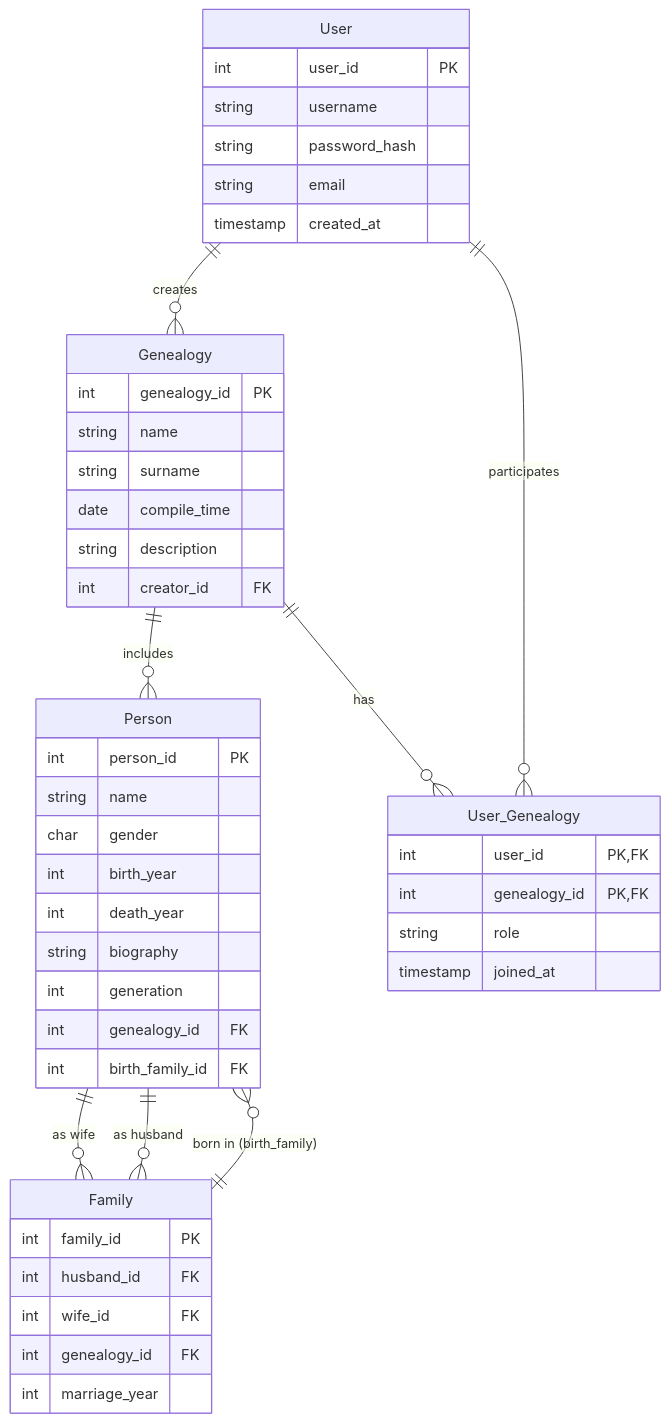
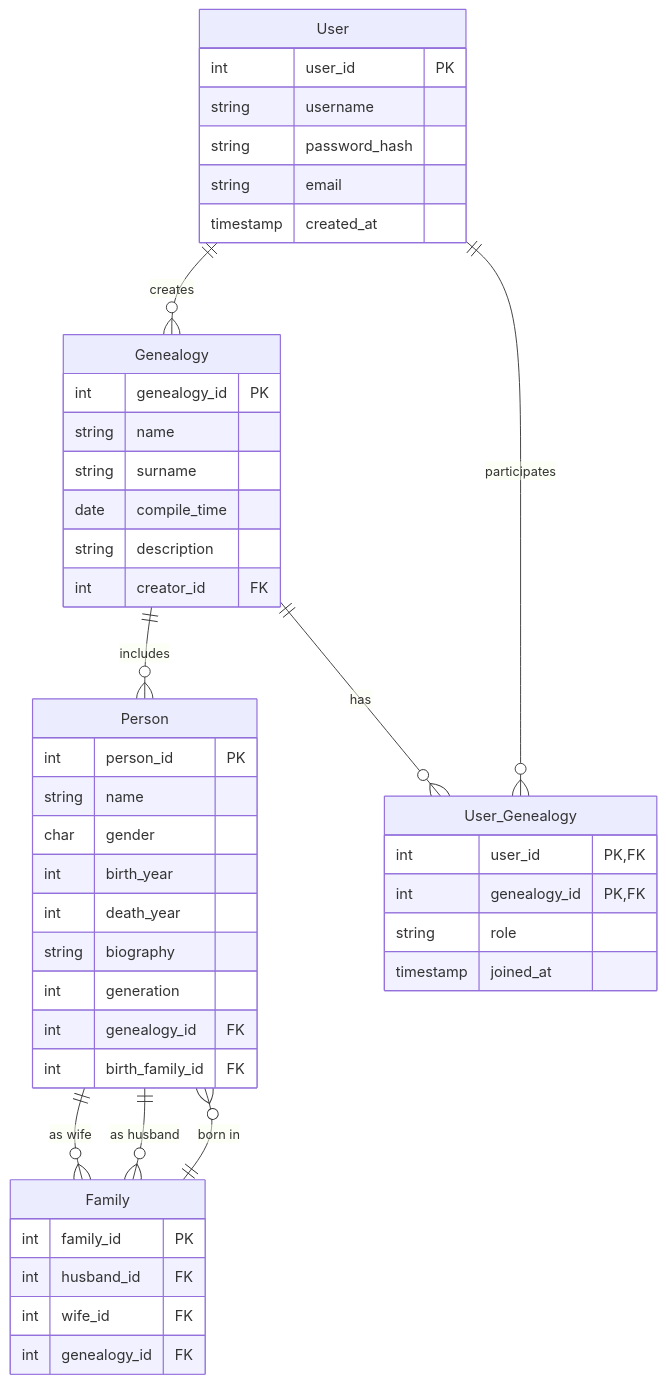
Before and after one commit to abstract251/sql: the diagram in Family/ER图.md, drawn with Mermaid. The commit also changed 7 other files, not shown here.

````diff
--- a/Family/ER图.md
+++ b/Family/ER图.md
@@ -1,54 +1,55 @@
 ```mermaid
+
 erDiagram
     User {
         int user_id PK
         string username
         string password_hash
         string email
         timestamp created_at
     }
 
     Genealogy {
         int genealogy_id PK
         string name
         string surname
         date compile_time
         string description
         int creator_id FK
     }
 
     Person {
         int person_id PK
         string name
         char gender
         int birth_year
         int death_year
         string biography
         int generation
         int genealogy_id FK
         int birth_family_id FK
     }
 
     Family {
         int family_id PK
         int husband_id FK
         int wife_id FK
         int genealogy_id FK
-        int marriage_year
     }
 
     User_Genealogy {
         int user_id PK,FK
         int genealogy_id PK,FK
         string role
         timestamp joined_at
     }
 
-    User ||--o{ Genealogy : "creates"
-    User ||--o{ User_Genealogy : "participates"
-    Genealogy ||--o{ User_Genealogy : "has"
-    Genealogy ||--o{ Person : "includes"
-    Person }o--|| Family : "born in (birth_family)"
+    User ||--o{ Genealogy : creates
+    User ||--o{ User_Genealogy : participates
+    Genealogy ||--o{ User_Genealogy : has
+    Genealogy ||--o{ Person : includes
+    Person }o--|| Family : "born in"
     Person ||--o{ Family : "as husband"
     Person ||--o{ Family : "as wife"
+
 ```
````
